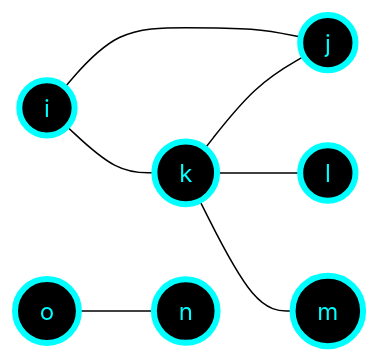
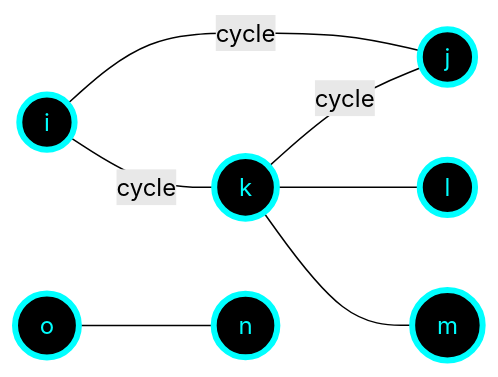
The third of 3 diagrams in Graphs/DFS_BFS/README.md (BradleyGilden/DSA-Practice), drawn with Mermaid (forest theme) before and after one commit.

Commit message:
readme update

````diff
--- a/Graphs/DFS_BFS/README.md
+++ b/Graphs/DFS_BFS/README.md
@@ -66,17 +66,17 @@
 ```mermaid
   flowchart LR
 
-  i(("<font>&nbsp;&nbsp;i&nbsp;&nbsp;</font>")):::node --- j(("<font>&nbsp;&nbsp;j&nbsp;&nbsp;</font>")):::node
+  i(("<font>&nbsp;&nbsp;i&nbsp;&nbsp;</font>")):::node --- |cycle| j(("<font>&nbsp;&nbsp;j&nbsp;&nbsp;</font>")):::node
 
-  i(("<font>&nbsp;&nbsp;i&nbsp;&nbsp;</font>")):::node --- k(("<font>&nbsp;&nbsp;k&nbsp;&nbsp;</font>")):::node
+  i(("<font>&nbsp;&nbsp;i&nbsp;&nbsp;</font>")):::node --- |cycle| k(("<font>&nbsp;&nbsp;k&nbsp;&nbsp;</font>")):::node
 
-  k(("<font>&nbsp;&nbsp;k&nbsp;&nbsp;</font>")):::node --- j(("<font>&nbsp;&nbsp;j&nbsp;&nbsp;</font>")):::node
+  k(("<font>&nbsp;&nbsp;k&nbsp;&nbsp;</font>")):::node --- |cycle| j(("<font>&nbsp;&nbsp;j&nbsp;&nbsp;</font>")):::node
 
   k(("<font>&nbsp;&nbsp;k&nbsp;&nbsp;</font>")):::node --- l(("<font>&nbsp;&nbsp;l&nbsp;&nbsp;</font>")):::node
 
   k(("<font>&nbsp;&nbsp;k&nbsp;&nbsp;</font>")):::node --- m(("<font>&nbsp;&nbsp;m&nbsp;&nbsp;</font>")):::node
   
   o(("<font>&nbsp;&nbsp;o&nbsp;&nbsp;</font>")):::node --- n(("<font>&nbsp;&nbsp;n&nbsp;&nbsp;</font>")):::node
   
   classDef node fill:black,stroke:cyan,stroke-width:4px,color:cyan
 ```
````
